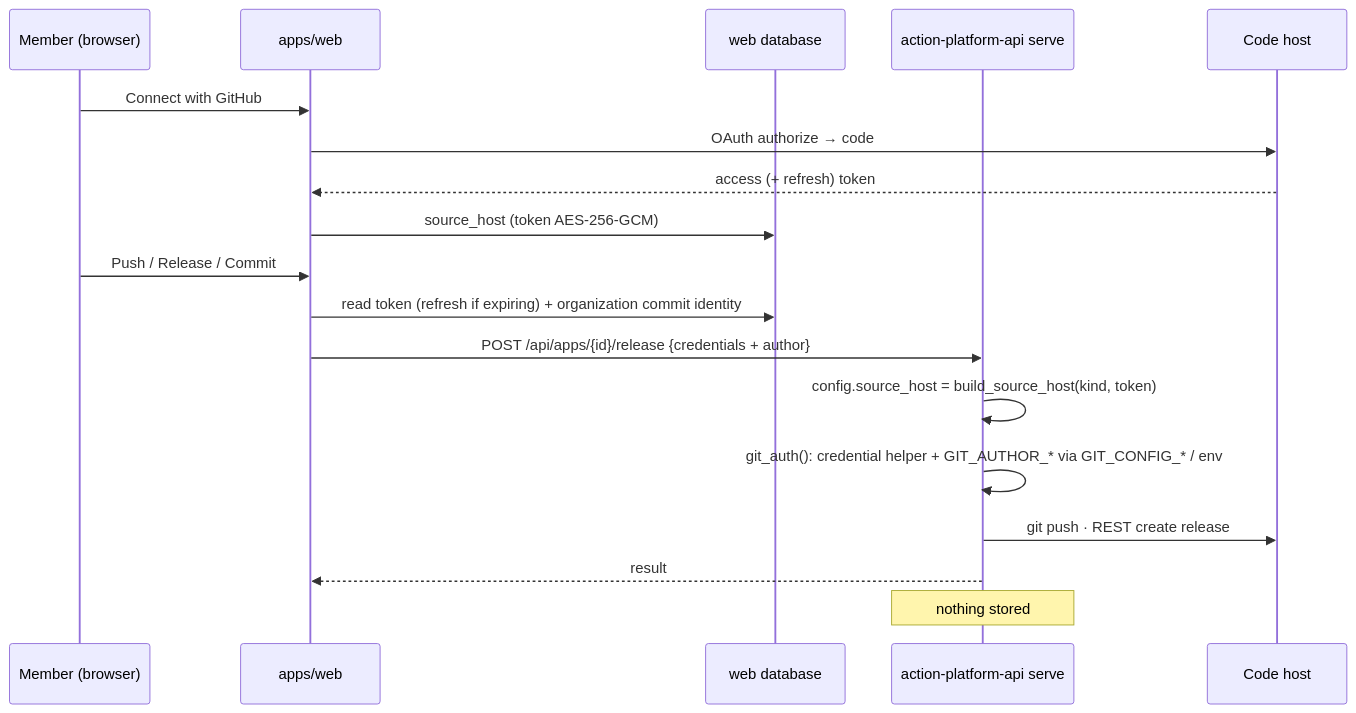
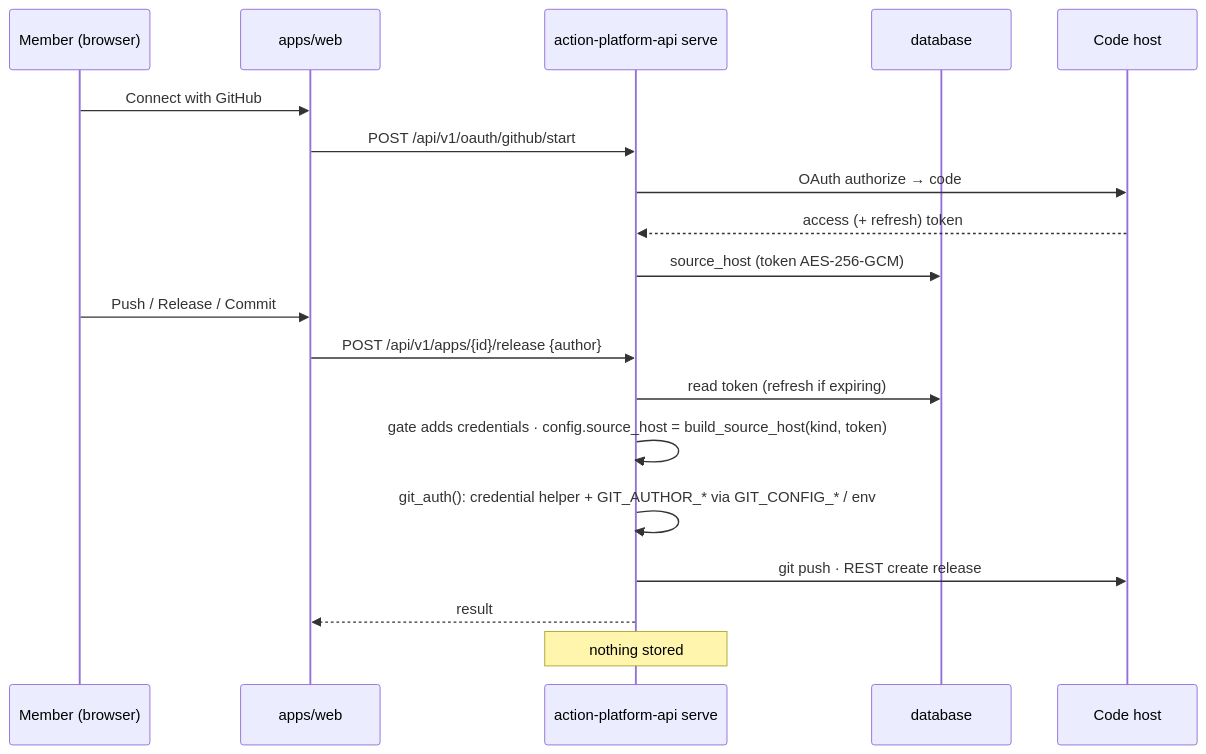
The fourth of 5 diagrams in docs/contribute_architecture.md (actionplatform/action-platform), drawn with Mermaid before and after one commit. The commit also changed other lines of this file and 3 other files, not shown here.

Commit message:
docs: the web app never reaches the database — diagrams and text corrected

````diff
--- a/docs/contribute_architecture.md
+++ b/docs/contribute_architecture.md
@@ -170,22 +172,23 @@
 ```mermaid
 sequenceDiagram
     participant M as Member (browser)
     participant W as apps/web
-    participant DB as web database
     participant A as action-platform-api serve
+    participant DB as database
     participant G as Code host
 
     M->>W: Connect with GitHub
-    W->>G: OAuth authorize → code
-    G-->>W: access (+ refresh) token
-    W->>DB: source_host (token AES-256-GCM)
+    W->>A: POST /api/v1/oauth/github/start
+    A->>G: OAuth authorize → code
+    G-->>A: access (+ refresh) token
+    A->>DB: source_host (token AES-256-GCM)
 
     M->>W: Push / Release / Commit
-    W->>DB: read token (refresh if expiring) + organization commit identity
-    W->>A: POST /api/apps/{id}/release {credentials + author}
-    A->>A: config.source_host = build_source_host(kind, token)
+    W->>A: POST /api/v1/apps/{id}/release {author}
+    A->>DB: read token (refresh if expiring)
+    A->>A: gate adds credentials · config.source_host = build_source_host(kind, token)
     A->>A: git_auth(): credential helper + GIT_AUTHOR_* via GIT_CONFIG_* / env
     A->>G: git push · REST create release
     A-->>W: result
     Note over A: nothing stored
 ```
````
